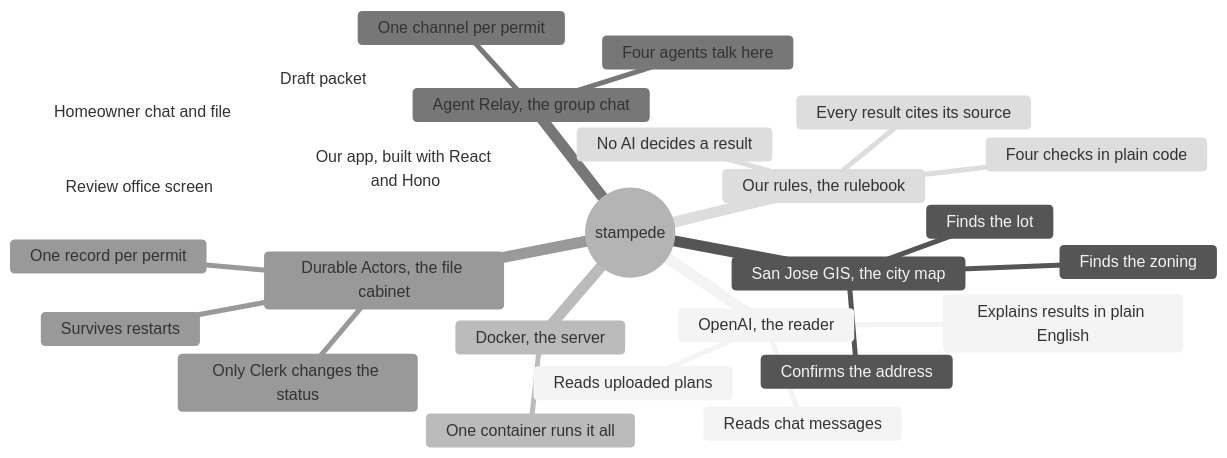
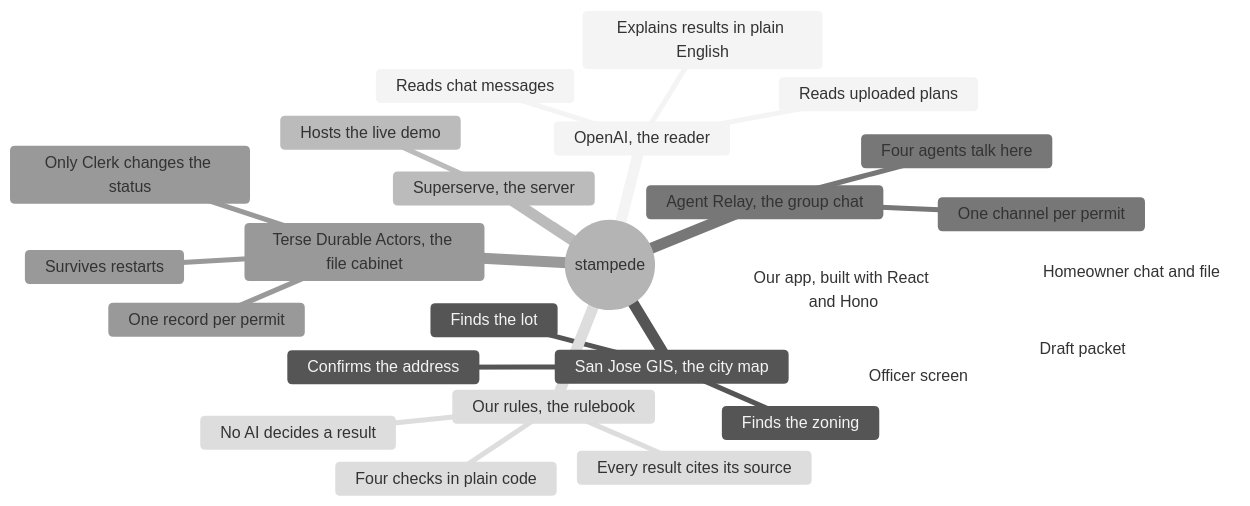
One commit to julurisaichandu/stampede changed the first of 4 diagrams in README.md. Above: the diagram before and after it, drawn with Mermaid (neutral theme). The commit also changed other lines of this file and 4 other files, not shown here.

````diff
--- a/README.md
+++ b/README.md
@@ -29,29 +99,29 @@
 ```mermaid
 mindmap
   root((stampede))
     OpenAI, the reader
       Reads chat messages
       Reads uploaded plans
       Explains results in plain English
     San Jose GIS, the city map
       Confirms the address
       Finds the lot
       Finds the zoning
-    Docker, the server
-      One container runs it all
+    Superserve, the server
+      Hosts the live demo
     Agent Relay, the group chat
       One channel per permit
       Four agents talk here
-    Durable Actors, the file cabinet
+    Terse Durable Actors, the file cabinet
       One record per permit
       Survives restarts
       Only Clerk changes the status
     Our rules, the rulebook
       Four checks in plain code
       No AI decides a result
       Every result cites its source
     Our app, built with React and Hono
       Homeowner chat and file
-      Review office screen
+      Officer screen
       Draft packet
 ```
````
